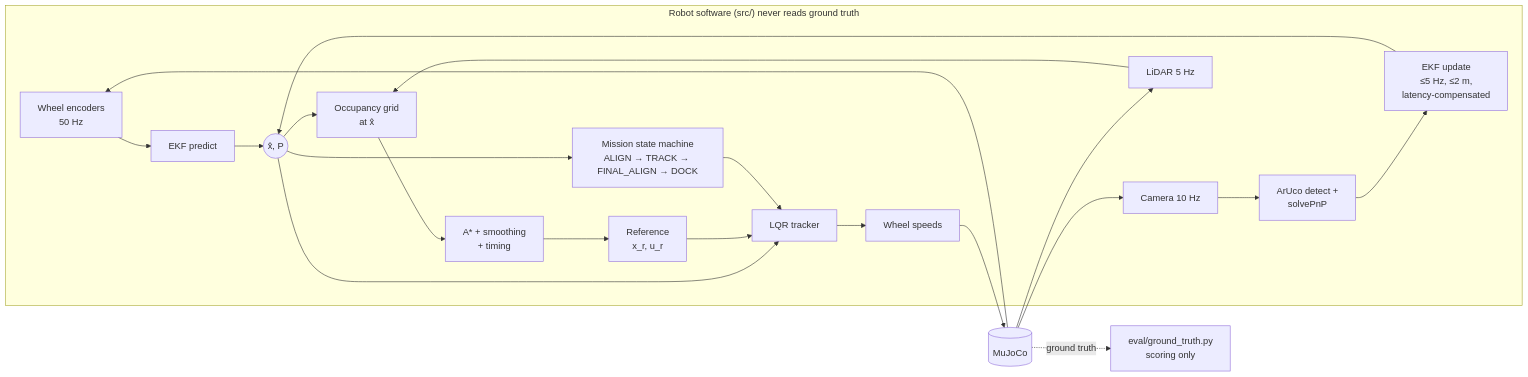
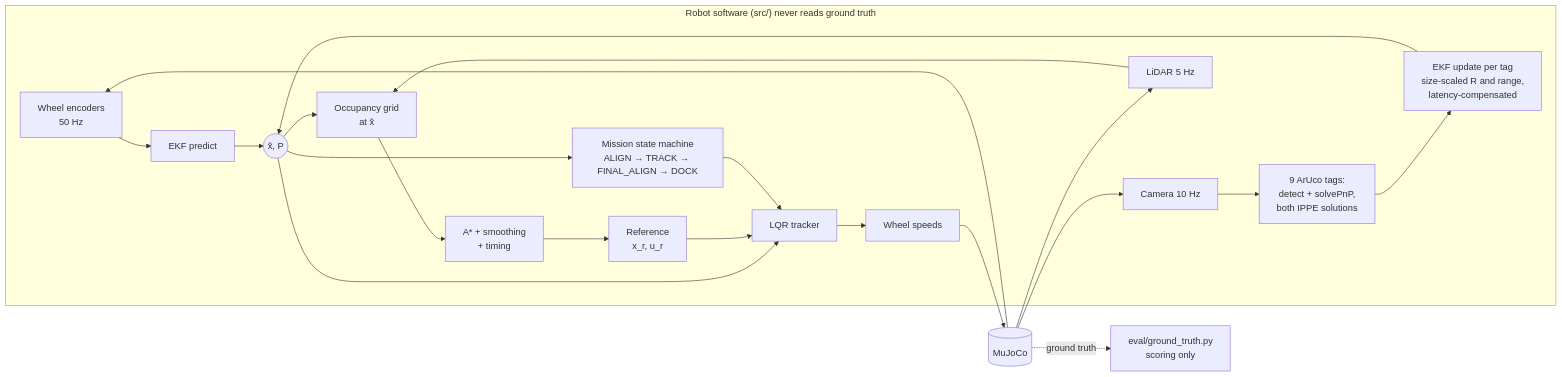
The diagram in README.md (Rusa05/Integrated-Project---Sensors-and-Control---group15), drawn with Mermaid before and after one commit. The commit also changed other lines of this file and 58 other files, not shown here.

First line of the commit message:
Multi-tag localisation, camera calibration and estimator studies

````diff
--- a/README.md
+++ b/README.md
@@ -76,19 +77,19 @@
 ```mermaid
 flowchart LR
     subgraph Robot["Robot software (src/)  never reads ground truth"]
         ENC[Wheel encoders<br/>50 Hz] --> PRED[EKF predict]
-        CAM[Camera 10 Hz] --> DET[ArUco detect +<br/>solvePnP] --> UPD[EKF update<br/>≤5 Hz, ≤2 m,<br/>latency-compensated]
+        CAM[Camera 10 Hz] --> DET[9 ArUco tags:<br/>detect + solvePnP,<br/>both IPPE solutions] --> UPD[EKF update per tag<br/>size-scaled R and range,<br/>latency-compensated]
         PRED --> X((x̂, P))
         UPD --> X
         LID[LiDAR 5 Hz] --> MAP[Occupancy grid<br/>at x̂] --> PLAN[A* + smoothing<br/>+ timing] --> REF[Reference<br/>x_r, u_r]
         X --> MAP
         X --> LQR[LQR tracker]
         REF --> LQR
         X --> SM[Mission state machine<br/>ALIGN → TRACK → FINAL_ALIGN → DOCK]
         SM --> LQR
         LQR --> WHEELS[Wheel speeds]
     end
     WHEELS --> SIM[(MuJoCo)]
     SIM --> ENC & CAM & LID
     SIM -. ground truth .-> EVAL[eval/ground_truth.py<br/>scoring only]
 ```
````
